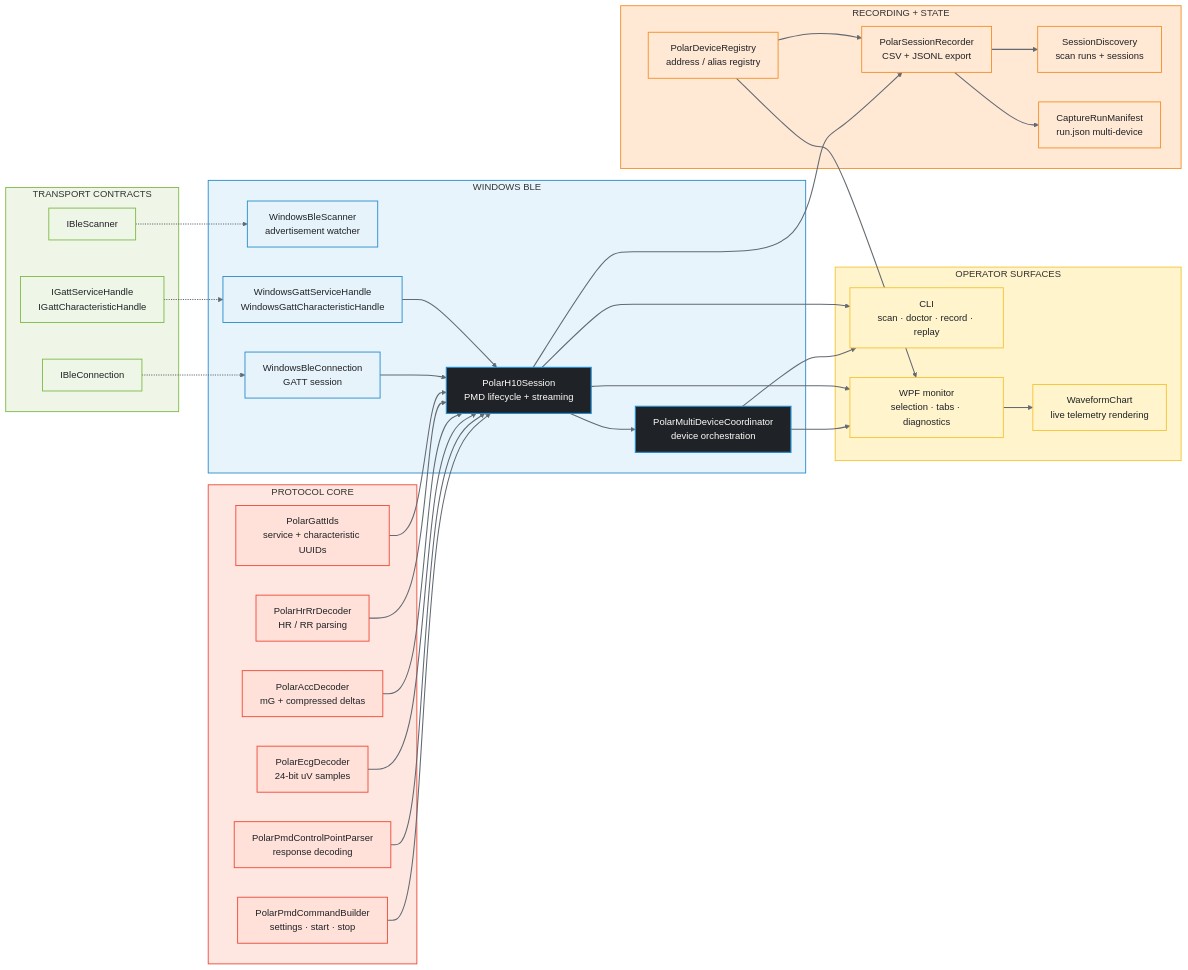
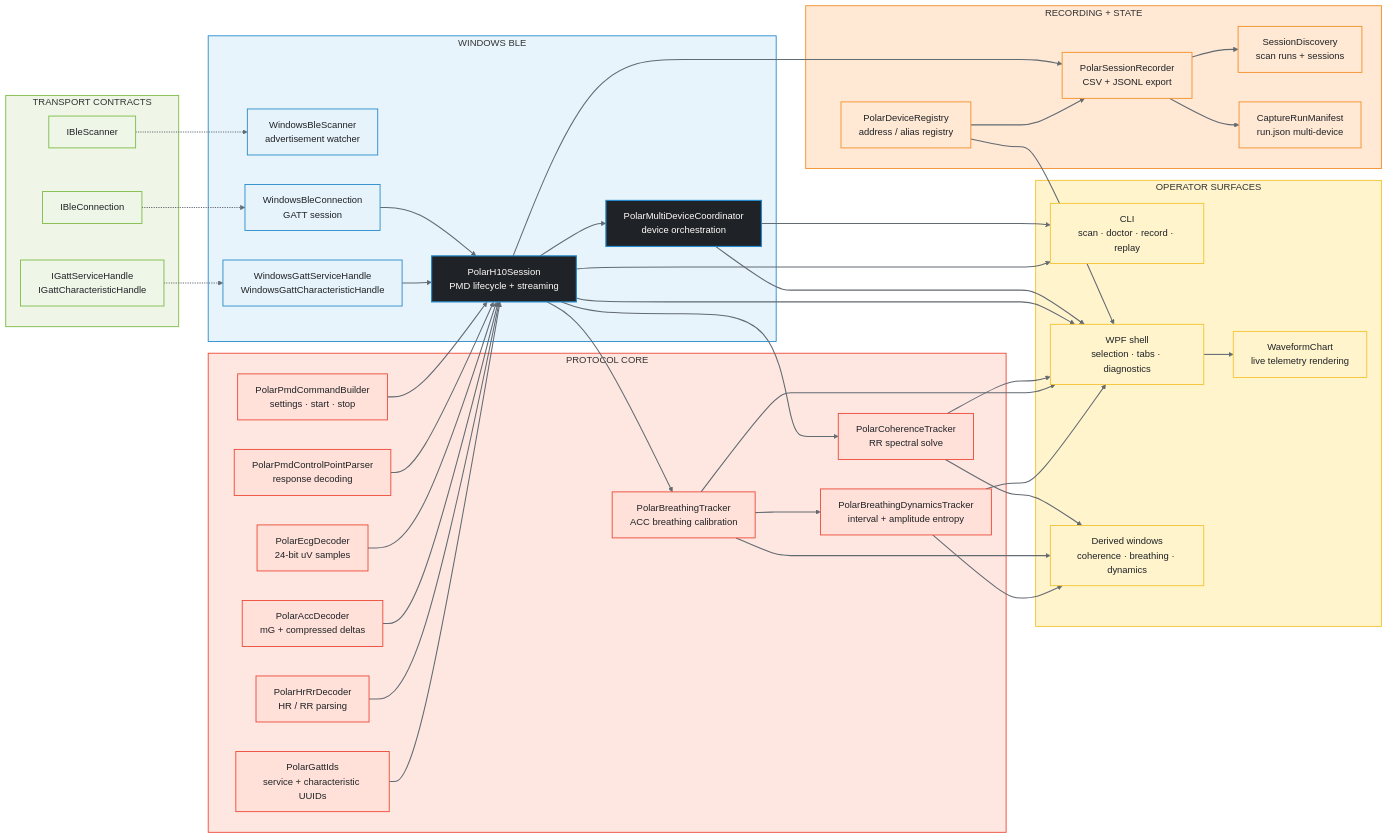
The diagram in docs/diagrams/code-architecture.mmd (MesmerPrism/PolarH10), drawn with Mermaid before and after one commit. The commit also changed 90 other files, not shown here.

```diff
--- a/docs/diagrams/code-architecture.mmd
+++ b/docs/diagrams/code-architecture.mmd
@@ -1,82 +1,95 @@
 %% Code architecture - subsystem level.
 %% Optimized for Pages viewer and GitHub README rendering.
 
 flowchart LR
     subgraph Protocol["PROTOCOL CORE"]
         EC["PolarEcgDecoder<br/>24-bit uV samples"]
         AC["PolarAccDecoder<br/>mG + compressed deltas"]
         HR["PolarHrRrDecoder<br/>HR / RR parsing"]
+        CH["PolarCoherenceTracker<br/>RR spectral solve"]
+        BR["PolarBreathingTracker<br/>ACC breathing calibration"]
+        BD["PolarBreathingDynamicsTracker<br/>interval + amplitude entropy"]
         PMD["PolarPmdCommandBuilder<br/>settings · start · stop"]
         CP["PolarPmdControlPointParser<br/>response decoding"]
         GID["PolarGattIds<br/>service + characteristic UUIDs"]
     end
 
     subgraph Transport["TRANSPORT CONTRACTS"]
         IS["IBleScanner"]
         IC["IBleConnection"]
         IG["IGattServiceHandle<br/>IGattCharacteristicHandle"]
     end
 
     subgraph Windows["WINDOWS BLE"]
         WS["WindowsBleScanner<br/>advertisement watcher"]
         WC["WindowsBleConnection<br/>GATT session"]
         WG["WindowsGattServiceHandle<br/>WindowsGattCharacteristicHandle"]
         SE["PolarH10Session<br/>PMD lifecycle + streaming"]
-        CO["PolarMultiDeviceCoordinator<br/>device orchestration"]
+        MD["PolarMultiDeviceCoordinator<br/>device orchestration"]
     end
 
     subgraph Recording["RECORDING + STATE"]
         RE["PolarSessionRecorder<br/>CSV + JSONL export"]
         SD["SessionDiscovery<br/>scan runs + sessions"]
         MA["CaptureRunManifest<br/>run.json multi-device"]
         DR["PolarDeviceRegistry<br/>address / alias registry"]
     end
 
     subgraph Surfaces["OPERATOR SURFACES"]
         C1["CLI<br/>scan · doctor · record · replay"]
-        G1["WPF monitor<br/>selection · tabs · diagnostics"]
-        G2["WaveformChart<br/>live telemetry rendering"]
+        G1["WPF shell<br/>selection · tabs · diagnostics"]
+        G2["Derived windows<br/>coherence · breathing · dynamics"]
+        G3["WaveformChart<br/>live telemetry rendering"]
     end
 
     PMD --> SE
     CP --> SE
     EC --> SE
     AC --> SE
     HR --> SE
     GID --> SE
     IS -.-> WS
     IC -.-> WC
     IG -.-> WG
     WC --> SE
     WG --> SE
-    SE --> CO
+    SE --> MD
+    SE --> CH
+    SE --> BR
+    BR --> BD
     SE --> RE
     RE --> SD
     RE --> MA
     DR --> RE
     DR --> G1
-    CO --> C1
-    CO --> G1
+    MD --> C1
+    MD --> G1
     SE --> C1
     SE --> G1
-    G1 --> G2
+    CH --> G1
+    CH --> G2
+    BR --> G1
+    BR --> G2
+    BD --> G1
+    BD --> G2
+    G1 --> G3
 
     style Protocol fill:#FFE7E1,stroke:#EC4736,stroke-width:1.5px;
     style Transport fill:#EFF6E8,stroke:#7DBA44,stroke-width:1.5px;
     style Windows fill:#E8F4FB,stroke:#258ACB,stroke-width:1.5px;
     style Recording fill:#FFE8D4,stroke:#F28F28,stroke-width:1.5px;
     style Surfaces fill:#FFF4CC,stroke:#F3C333,stroke-width:1.5px;
 
     classDef core fill:#FFE1D9,stroke:#EC4736,color:#1F2226,stroke-width:1.5px;
     classDef contracts fill:#EEF6E8,stroke:#7DBA44,color:#1F2226,stroke-width:1.5px;
     classDef windows fill:#E7F3FA,stroke:#258ACB,color:#1F2226,stroke-width:1.5px;
     classDef active fill:#1F2226,stroke:#258ACB,color:#FFFDF9,stroke-width:2px;
     classDef record fill:#FFE8D4,stroke:#F28F28,color:#1F2226,stroke-width:1.5px;
     classDef surface fill:#FFF4CC,stroke:#F3C333,color:#1F2226,stroke-width:1.5px;
-    class EC,AC,HR,PMD,CP,GID core;
+    class EC,AC,HR,CH,BR,BD,PMD,CP,GID core;
     class IS,IC,IG contracts;
     class WS,WC,WG windows;
-    class SE,CO active;
+    class SE,MD active;
     class RE,SD,MA,DR record;
-    class C1,G1,G2 surface;
+    class C1,G1,G2,G3 surface;
     linkStyle default stroke:#626A72,stroke-width:1.8px;
```
